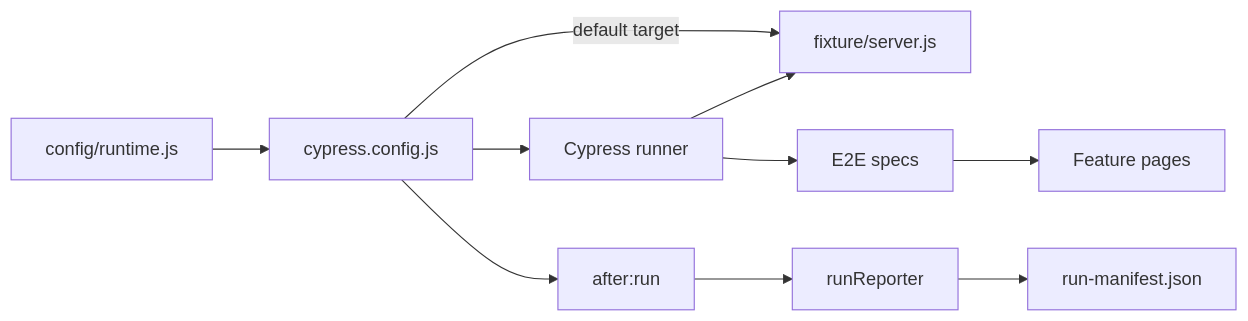
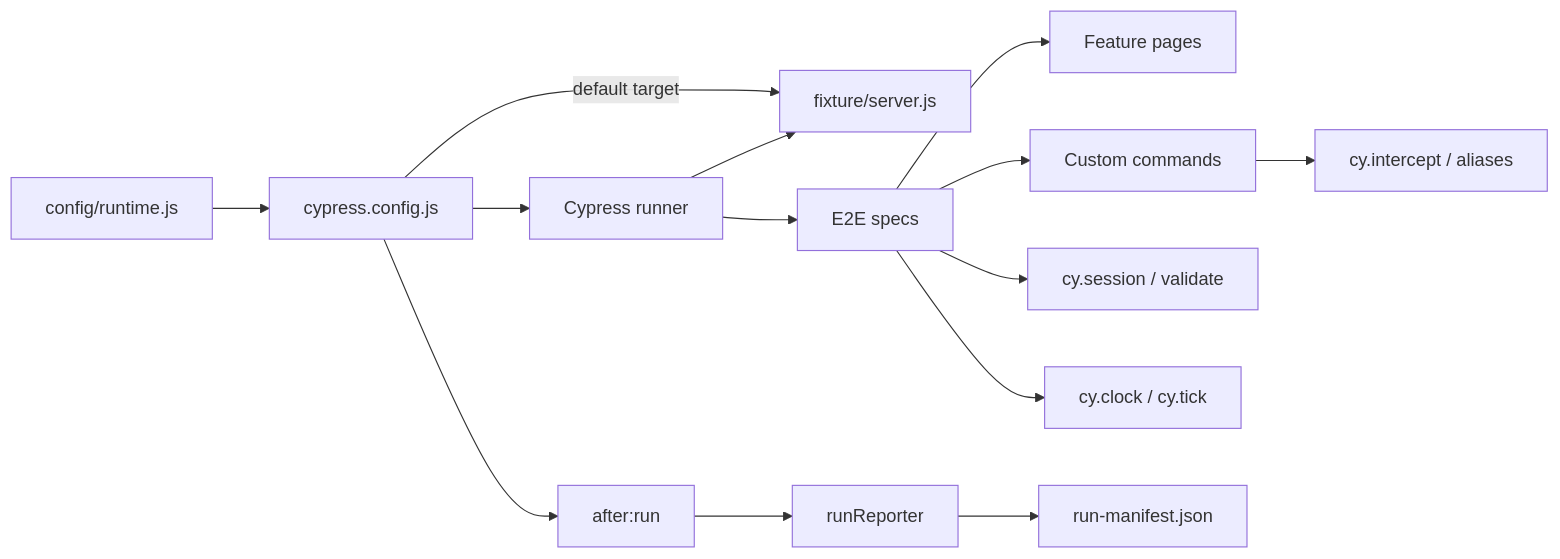
Before and after one commit to portyu9/qa-automation-ui-cypress: the diagram in docs/ARCHITECTURE.md, drawn with Mermaid. The commit also changed other lines of this file, not shown here.

````diff
--- a/docs/ARCHITECTURE.md
+++ b/docs/ARCHITECTURE.md
@@ -7,12 +7,16 @@
 ```mermaid
 flowchart LR
     CFG[config/runtime.js] --> CC[cypress.config.js]
     CC --> CY[Cypress runner]
     CC -->|default target| FX[fixture/server.js]
     CY --> SPEC[E2E specs]
     SPEC --> PAGE[Feature pages]
+    SPEC --> CMD[Custom commands]
+    CMD --> INT[cy.intercept / aliases]
+    SPEC --> SESSION[cy.session / validate]
+    SPEC --> CLOCK[cy.clock / cy.tick]
     CY --> FX
     CC --> RUN[after:run]
     RUN --> REP[runReporter]
     REP --> MAN[run-manifest.json]
 ```
````
